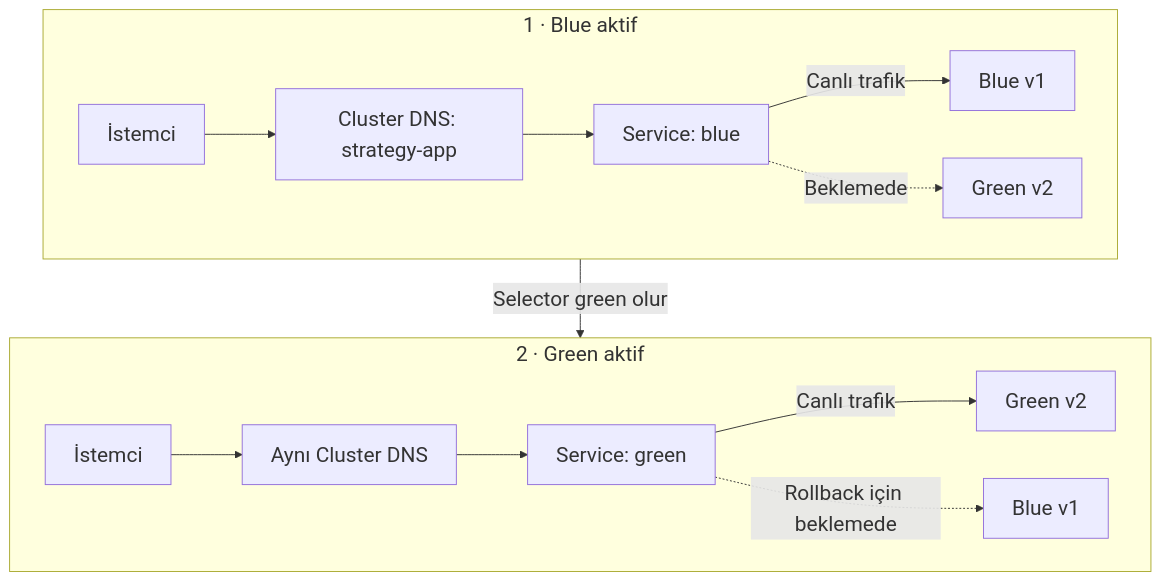
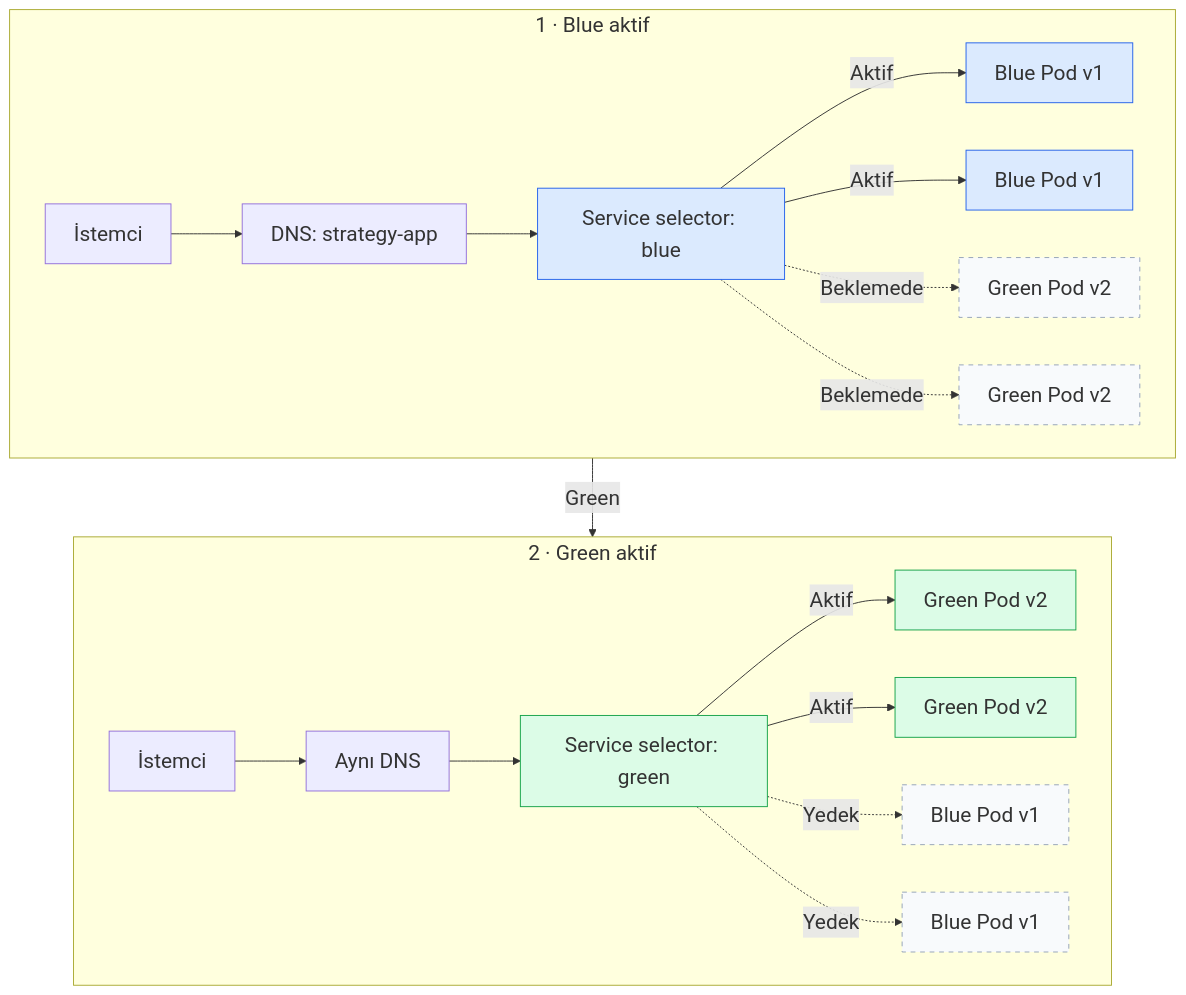
Before and after one commit to MTugce/k8s-labs: the third of 4 diagrams in lab-08-deployment-strategies/README.md, drawn with Mermaid. The commit also changed other lines of this file, not shown here.

Commit message:
Restore detailed Lab 8 Mermaid diagrams

````diff
--- a/lab-08-deployment-strategies/README.md
+++ b/lab-08-deployment-strategies/README.md
@@ -268,17 +291,23 @@
 ```mermaid
-%%{init: {'themeVariables': {'fontSize': '22px'}}}%%
+%%{init:{'themeVariables':{'fontSize':'22px'}}}%%
 flowchart TB
-  accTitle: Blue-Green trafik geçişi
-  accDescr: Aynı Service DNS adı korunur; Service selector Blue'dan Green'e çevrilir ve boşta kalan renk kesik çizgiyle gösterilir.
+  accTitle: Blue-Green
   subgraph S1["1 · Blue aktif"]
-    C1["İstemci"] --> D1["Cluster DNS: strategy-app"] --> B["Service: blue"]
-    B -->|Canlı trafik| B1["Blue v1"]
-    B -.->|Beklemede| G1["Green v2"]
+    C1["İstemci"] --> D1["DNS: strategy-app"] --> SB["Service selector: blue"]
+    SB -->|Aktif| B1["Blue Pod v1"] & B2["Blue Pod v1"]
+    SB -.->|Beklemede| G1["Green Pod v2"] & G2["Green Pod v2"]
   end
   subgraph S2["2 · Green aktif"]
-    C2["İstemci"] --> D2["Aynı Cluster DNS"] --> G["Service: green"]
-    G -->|Canlı trafik| G2["Green v2"]
-    G -.->|Rollback için beklemede| B2["Blue v1"]
+    C2["İstemci"] --> D2["Aynı DNS"] --> SG["Service selector: green"]
+    SG -->|Aktif| G3["Green Pod v2"] & G4["Green Pod v2"]
+    SG -.->|Yedek| B3["Blue Pod v1"] & B4["Blue Pod v1"]
   end
-  S1 -->|Selector green olur| S2
+  S1 -->|Green| S2
+
+  classDef blue fill:#dbeafe,stroke:#2563eb
+  classDef green fill:#dcfce7,stroke:#16a34a
+  classDef idle fill:#f8fafc,stroke:#94a3b8,stroke-dasharray:5 5
+  class SB,B1,B2 blue
+  class SG,G3,G4 green
+  class G1,G2,B3,B4 idle
 ```
````
